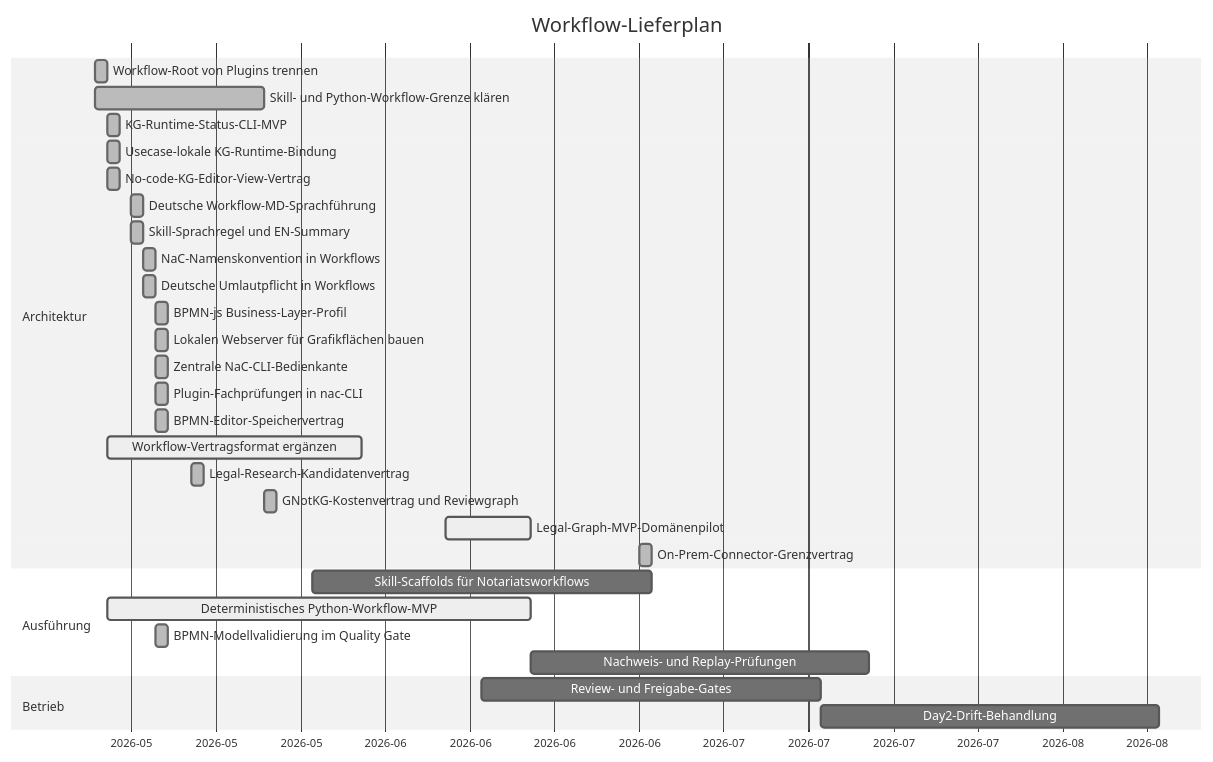
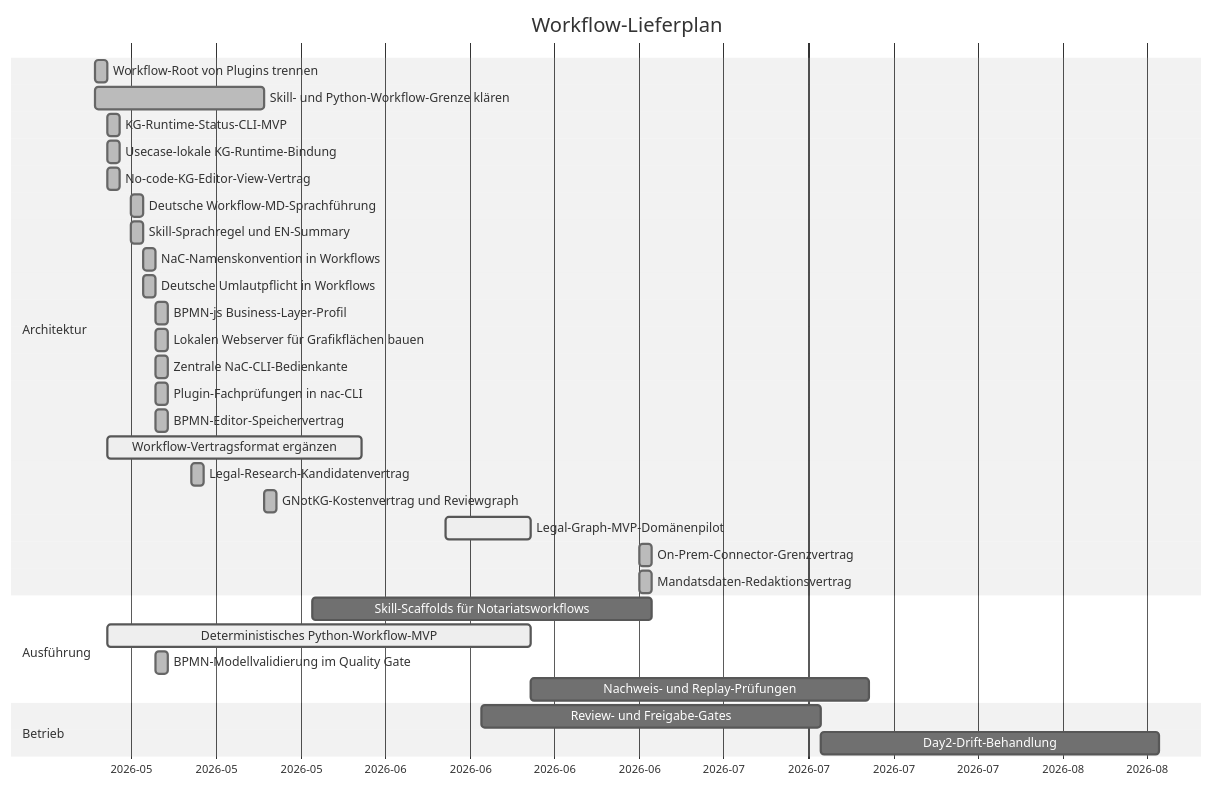
One commit to notariat8/NaC changed the diagram in workflows/GANTT.md. Above: the diagram before and after it, drawn with Mermaid (neutral theme). The commit also changed other lines of this file and 17 other files, not shown here.

````diff
--- a/workflows/GANTT.md
+++ b/workflows/GANTT.md
@@ -5,37 +5,38 @@
 ```mermaid
 gantt
     title Workflow-Lieferplan
     dateFormat  YYYY-MM-DD
     axisFormat  %Y-%m
 
     section Architektur
     Workflow-Root von Plugins trennen          :done,   w1, 2026-05-14, 1d
     Skill- und Python-Workflow-Grenze klären  :done,   w2, 2026-05-14, 14d
     KG-Runtime-Status-CLI-MVP                  :done,   w3, 2026-05-15, 1d
     Usecase-lokale KG-Runtime-Bindung          :done,   w3a, 2026-05-15, 1d
     No-code-KG-Editor-View-Vertrag             :done,   w4a, 2026-05-15, 1d
     Deutsche Workflow-MD-Sprachführung        :done,   w4b, 2026-05-17, 1d
     Skill-Sprachregel und EN-Summary            :done,   w4c, 2026-05-17, 1d
     NaC-Namenskonvention in Workflows           :done,   w4d, 2026-05-18, 1d
     Deutsche Umlautpflicht in Workflows         :done,   w4e, 2026-05-18, 1d
     BPMN-js Business-Layer-Profil               :done,   w4f, 2026-05-19, 1d
     Lokalen Webserver für Grafikflächen bauen  :done,   w4g, 2026-05-19, 1d
     Zentrale NaC-CLI-Bedienkante                :done,   w4h, 2026-05-19, 1d
     Plugin-Fachprüfungen in nac-CLI             :done,   w4i, 2026-05-19, 1d
     BPMN-Editor-Speichervertrag                 :done,   w4j, 2026-05-19, 1d
     Workflow-Vertragsformat ergänzen          :active, w4, 2026-05-15, 21d
     Legal-Research-Kandidatenvertrag           :done,   w4k, 2026-05-22, 1d
     GNotKG-Kostenvertrag und Reviewgraph        :done,   w4l, 2026-05-28, 1d
     Legal-Graph-MVP-Domänenpilot              :active, w4m, 2026-06-12, 7d
     On-Prem-Connector-Grenzvertrag            :done,   w4n, 2026-06-28, 1d
+    Mandatsdaten-Redaktionsvertrag             :done,   w4o, 2026-06-28, 1d
 
     section Ausführung
     Skill-Scaffolds für Notariatsworkflows    :        w5, 2026-06-01, 28d
     Deterministisches Python-Workflow-MVP      :active, w6, 2026-05-15, 35d
     BPMN-Modellvalidierung im Quality Gate      :done,   w6a, 2026-05-19, 1d
     Nachweis- und Replay-Prüfungen            :        w7, after w6, 28d
 
     section Betrieb
     Review- und Freigabe-Gates                 :        w8, 2026-06-15, 28d
     Day2-Drift-Behandlung                      :        w9, after w8, 28d
 ```
````
